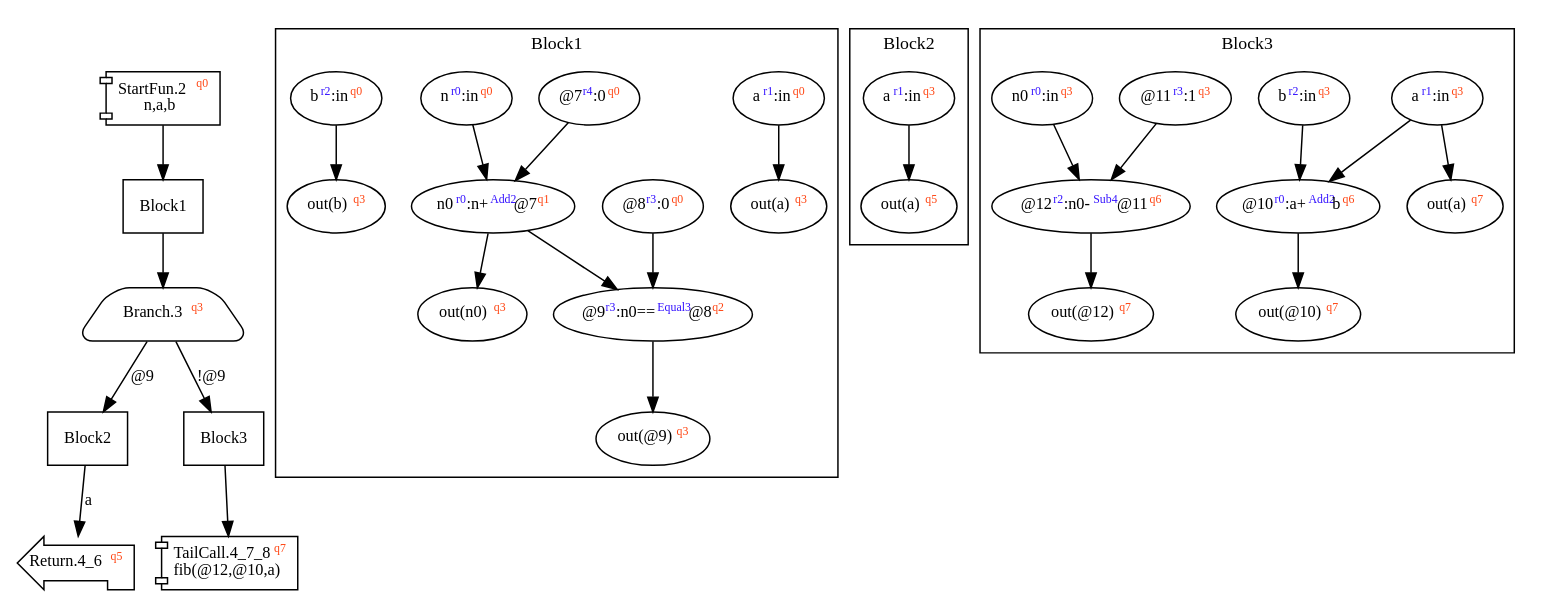
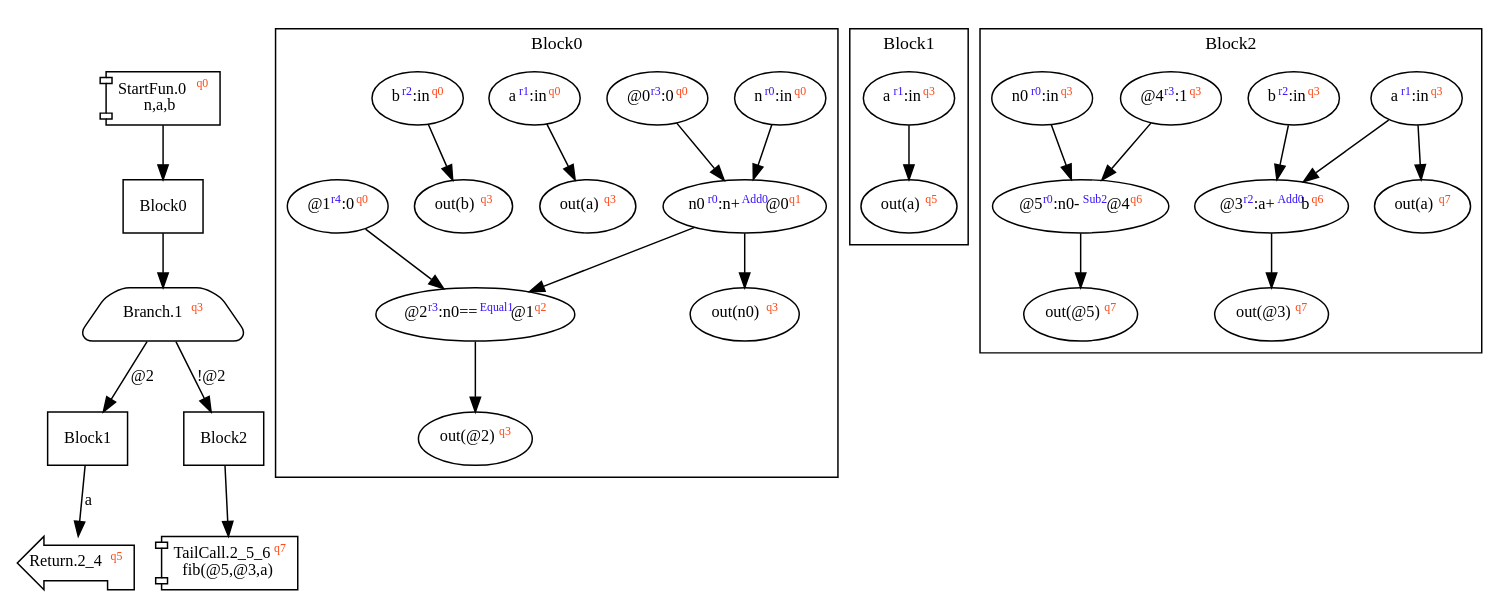
Before and after one commit to akouryy/SyntheScala: the diagram in dist/fib.dot, drawn with Graphviz. The commit also changed 19 other files, not shown here.

```diff
--- a/dist/fib.dot
+++ b/dist/fib.dot
@@ -1,30 +1,30 @@
 digraph Program_ {
 graph [fontname = "Monaco", fontsize = 12, ranksep = 0.5];
 node [shape = box, fontname = "Monaco", fontsize = 11; colorscheme = pastel19];
 edge [fontname = "Monaco", fontsize = 11; colorscheme = pastel19];
-Jump2[label = <StartFun.2<font color="#ff4411" point-size="8"><sup>q0</sup></font><br/>n,a,b>; shape = component];
-Jump2 -> Block1;
-Jump3[
-  label = <Branch.3<font color="#ff4411" point-size="8"><sup>q3</sup></font>>;
+Jump0[label = <StartFun.0<font color="#ff4411" point-size="8"><sup>q0</sup></font><br/>n,a,b>; shape = component];
+Jump0 -> Block0;
+Jump1[
+  label = <Branch.1<font color="#ff4411" point-size="8"><sup>q3</sup></font>>;
   shape = trapezium; style = rounded;
 ];
-Block1 -> Jump3;
-Jump3 -> Block2 [label="@9"];
-Jump3 -> Block3 [label="!@9"];
-Jump4_6[label = <Return.4_6<font color="#ff4411" point-size="8"><sup>q5</sup></font>>; shape = lpromoter];
-Block2 -> Jump4_6 [label="a"];
-Jump4_7_8[label = <TailCall.4_7_8<font color="#ff4411" point-size="8"><sup>q7</sup></font><br/>fib(@12,@10,a)>; shape = component];
-Block3 -> Jump4_7_8;
+Block0 -> Jump1;
+Jump1 -> Block1 [label="@2"];
+Jump1 -> Block2 [label="!@2"];
+Jump2_4[label = <Return.2_4<font color="#ff4411" point-size="8"><sup>q5</sup></font>>; shape = lpromoter];
+Block1 -> Jump2_4 [label="a"];
+Jump2_5_6[label = <TailCall.2_5_6<font color="#ff4411" point-size="8"><sup>q7</sup></font><br/>fib(@5,@3,a)>; shape = component];
+Block2 -> Jump2_5_6;
+Block0 [label = "Block0"];
 Block1 [label = "Block1"];
 Block2 [label = "Block2"];
-Block3 [label = "Block3"];
-subgraph cluster_dfg_Block1{
+subgraph cluster_dfg_Block0{
+node [shape = oval];
+label = "Block0";
+ndBlock0_0 [label=<out(b)<font color="#ff4411" point-size="8"><sup>q3</sup></font>>];ndBlock0_1 [label=<out(n0)<font color="#ff4411" point-size="8"><sup>q3</sup></font>>];ndBlock0_2 [label=<n<font color="#3311ff" point-size="8"><sup>r0</sup></font>:in<font color="#ff4411" point-size="8"><sup>q0</sup></font>>];ndBlock0_3 [label=<@0<font color="#3311ff" point-size="8"><sup>r3</sup></font>:0<font color="#ff4411" point-size="8"><sup>q0</sup></font>>];ndBlock0_4 [label=<n0<font color="#3311ff" point-size="8"><sup>r0</sup></font>:n+<font color="#3311ff" point-size="8"><sup>Add0</sup></font>@0<font color="#ff4411" point-size="8"><sup>q1</sup></font>>];ndBlock0_5 [label=<out(@2)<font color="#ff4411" point-size="8"><sup>q3</sup></font>>];ndBlock0_6 [label=<a<font color="#3311ff" point-size="8"><sup>r1</sup></font>:in<font color="#ff4411" point-size="8"><sup>q0</sup></font>>];ndBlock0_7 [label=<b<font color="#3311ff" point-size="8"><sup>r2</sup></font>:in<font color="#ff4411" point-size="8"><sup>q0</sup></font>>];ndBlock0_8 [label=<out(a)<font color="#ff4411" point-size="8"><sup>q3</sup></font>>];ndBlock0_9 [label=<@1<font color="#3311ff" point-size="8"><sup>r4</sup></font>:0<font color="#ff4411" point-size="8"><sup>q0</sup></font>>];ndBlock0_10 [label=<@2<font color="#3311ff" point-size="8"><sup>r3</sup></font>:n0==<font color="#3311ff" point-size="8"><sup>Equal1</sup></font>@1<font color="#ff4411" point-size="8"><sup>q2</sup></font>>];ndBlock0_10 -> ndBlock0_5; ndBlock0_6 -> ndBlock0_8; ndBlock0_2 -> ndBlock0_4; ndBlock0_3 -> ndBlock0_4; ndBlock0_4 -> ndBlock0_10; ndBlock0_9 -> ndBlock0_10; ndBlock0_7 -> ndBlock0_0; ndBlock0_4 -> ndBlock0_1; }subgraph cluster_dfg_Block1{
 node [shape = oval];
 label = "Block1";
-ndBlock1_0 [label=<a<font color="#3311ff" point-size="8"><sup>r1</sup></font>:in<font color="#ff4411" point-size="8"><sup>q0</sup></font>>];ndBlock1_1 [label=<@8<font color="#3311ff" point-size="8"><sup>r3</sup></font>:0<font color="#ff4411" point-size="8"><sup>q0</sup></font>>];ndBlock1_2 [label=<out(a)<font color="#ff4411" point-size="8"><sup>q3</sup></font>>];ndBlock1_3 [label=<@7<font color="#3311ff" point-size="8"><sup>r4</sup></font>:0<font color="#ff4411" point-size="8"><sup>q0</sup></font>>];ndBlock1_4 [label=<out(@9)<font color="#ff4411" point-size="8"><sup>q3</sup></font>>];ndBlock1_5 [label=<out(n0)<font color="#ff4411" point-size="8"><sup>q3</sup></font>>];ndBlock1_6 [label=<n<font color="#3311ff" point-size="8"><sup>r0</sup></font>:in<font color="#ff4411" point-size="8"><sup>q0</sup></font>>];ndBlock1_7 [label=<@9<font color="#3311ff" point-size="8"><sup>r3</sup></font>:n0==<font color="#3311ff" point-size="8"><sup>Equal3</sup></font>@8<font color="#ff4411" point-size="8"><sup>q2</sup></font>>];ndBlock1_8 [label=<out(b)<font color="#ff4411" point-size="8"><sup>q3</sup></font>>];ndBlock1_9 [label=<b<font color="#3311ff" point-size="8"><sup>r2</sup></font>:in<font color="#ff4411" point-size="8"><sup>q0</sup></font>>];ndBlock1_10 [label=<n0<font color="#3311ff" point-size="8"><sup>r0</sup></font>:n+<font color="#3311ff" point-size="8"><sup>Add2</sup></font>@7<font color="#ff4411" point-size="8"><sup>q1</sup></font>>];ndBlock1_9 -> ndBlock1_8; ndBlock1_10 -> ndBlock1_5; ndBlock1_7 -> ndBlock1_4; ndBlock1_0 -> ndBlock1_2; ndBlock1_3 -> ndBlock1_10; ndBlock1_6 -> ndBlock1_10; ndBlock1_1 -> ndBlock1_7; ndBlock1_10 -> ndBlock1_7; }subgraph cluster_dfg_Block2{
+ndBlock1_0 [label=<a<font color="#3311ff" point-size="8"><sup>r1</sup></font>:in<font color="#ff4411" point-size="8"><sup>q3</sup></font>>];ndBlock1_1 [label=<out(a)<font color="#ff4411" point-size="8"><sup>q5</sup></font>>];ndBlock1_0 -> ndBlock1_1; }subgraph cluster_dfg_Block2{
 node [shape = oval];
 label = "Block2";
-ndBlock2_0 [label=<a<font color="#3311ff" point-size="8"><sup>r1</sup></font>:in<font color="#ff4411" point-size="8"><sup>q3</sup></font>>];ndBlock2_1 [label=<out(a)<font color="#ff4411" point-size="8"><sup>q5</sup></font>>];ndBlock2_0 -> ndBlock2_1; }subgraph cluster_dfg_Block3{
-node [shape = oval];
-label = "Block3";
-ndBlock3_0 [label=<@12<font color="#3311ff" point-size="8"><sup>r2</sup></font>:n0-<font color="#3311ff" point-size="8"><sup>Sub4</sup></font>@11<font color="#ff4411" point-size="8"><sup>q6</sup></font>>];ndBlock3_1 [label=<a<font color="#3311ff" point-size="8"><sup>r1</sup></font>:in<font color="#ff4411" point-size="8"><sup>q3</sup></font>>];ndBlock3_2 [label=<@10<font color="#3311ff" point-size="8"><sup>r0</sup></font>:a+<font color="#3311ff" point-size="8"><sup>Add2</sup></font>b<font color="#ff4411" point-size="8"><sup>q6</sup></font>>];ndBlock3_3 [label=<out(@12)<font color="#ff4411" point-size="8"><sup>q7</sup></font>>];ndBlock3_4 [label=<out(a)<font color="#ff4411" point-size="8"><sup>q7</sup></font>>];ndBlock3_5 [label=<@11<font color="#3311ff" point-size="8"><sup>r3</sup></font>:1<font color="#ff4411" point-size="8"><sup>q3</sup></font>>];ndBlock3_6 [label=<n0<font color="#3311ff" point-size="8"><sup>r0</sup></font>:in<font color="#ff4411" point-size="8"><sup>q3</sup></font>>];ndBlock3_7 [label=<b<font color="#3311ff" point-size="8"><sup>r2</sup></font>:in<font color="#ff4411" point-size="8"><sup>q3</sup></font>>];ndBlock3_8 [label=<out(@10)<font color="#ff4411" point-size="8"><sup>q7</sup></font>>];ndBlock3_0 -> ndBlock3_3; ndBlock3_5 -> ndBlock3_0; ndBlock3_6 -> ndBlock3_0; ndBlock3_1 -> ndBlock3_4; ndBlock3_1 -> ndBlock3_2; ndBlock3_7 -> ndBlock3_2; ndBlock3_2 -> ndBlock3_8; }}
+ndBlock2_0 [label=<@3<font color="#3311ff" point-size="8"><sup>r2</sup></font>:a+<font color="#3311ff" point-size="8"><sup>Add0</sup></font>b<font color="#ff4411" point-size="8"><sup>q6</sup></font>>];ndBlock2_1 [label=<@4<font color="#3311ff" point-size="8"><sup>r3</sup></font>:1<font color="#ff4411" point-size="8"><sup>q3</sup></font>>];ndBlock2_2 [label=<out(@3)<font color="#ff4411" point-size="8"><sup>q7</sup></font>>];ndBlock2_3 [label=<a<font color="#3311ff" point-size="8"><sup>r1</sup></font>:in<font color="#ff4411" point-size="8"><sup>q3</sup></font>>];ndBlock2_4 [label=<out(a)<font color="#ff4411" point-size="8"><sup>q7</sup></font>>];ndBlock2_5 [label=<out(@5)<font color="#ff4411" point-size="8"><sup>q7</sup></font>>];ndBlock2_6 [label=<@5<font color="#3311ff" point-size="8"><sup>r0</sup></font>:n0-<font color="#3311ff" point-size="8"><sup>Sub2</sup></font>@4<font color="#ff4411" point-size="8"><sup>q6</sup></font>>];ndBlock2_7 [label=<b<font color="#3311ff" point-size="8"><sup>r2</sup></font>:in<font color="#ff4411" point-size="8"><sup>q3</sup></font>>];ndBlock2_8 [label=<n0<font color="#3311ff" point-size="8"><sup>r0</sup></font>:in<font color="#ff4411" point-size="8"><sup>q3</sup></font>>];ndBlock2_3 -> ndBlock2_4; ndBlock2_6 -> ndBlock2_5; ndBlock2_0 -> ndBlock2_2; ndBlock2_3 -> ndBlock2_0; ndBlock2_7 -> ndBlock2_0; ndBlock2_1 -> ndBlock2_6; ndBlock2_8 -> ndBlock2_6; }}
```
